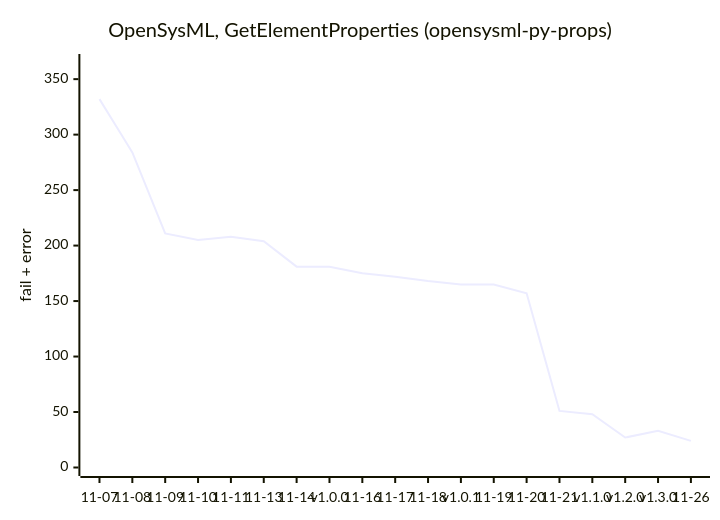
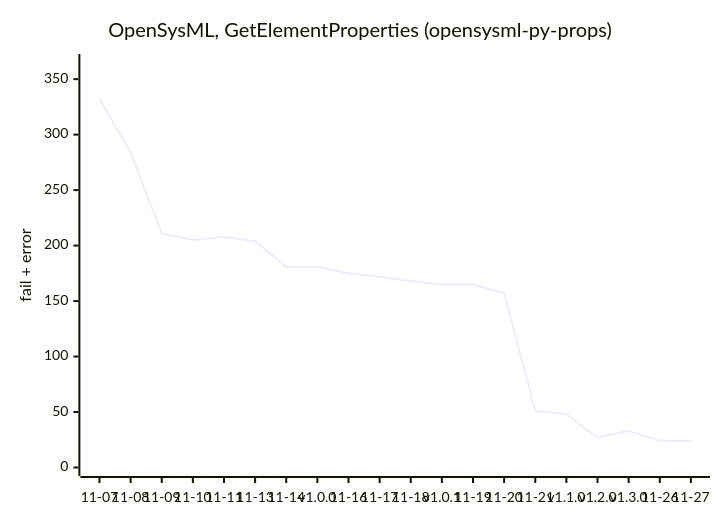
The first of 4 diagrams in test-suite/PROGRESS-SNAPSHOT.md (hideo67/sysmlv2-tests), drawn with Mermaid before and after one commit. The commit also changed other lines of this file and 2 other files, not shown here.

````diff
--- a/test-suite/PROGRESS-SNAPSHOT.md
+++ b/test-suite/PROGRESS-SNAPSHOT.md
@@ -18,7 +18,7 @@
 ```mermaid
 xychart-beta
     title "OpenSysML, GetElementProperties (opensysml-py-props)"
-    x-axis ["11-07", "11-08", "11-09", "11-10", "11-11", "11-13", "11-14", "v1.0.0", "11-16", "11-17", "11-18", "v1.0.1", "11-19", "11-20", "11-21", "v1.1.0", "v1.2.0", "v1.3.0", "11-26"]
+    x-axis ["11-07", "11-08", "11-09", "11-10", "11-11", "11-13", "11-14", "v1.0.0", "11-16", "11-17", "11-18", "v1.0.1", "11-19", "11-20", "11-21", "v1.1.0", "v1.2.0", "v1.3.0", "11-26", "11-27"]
     y-axis "fail + error" 0 --> 365
-    line [332, 284, 211, 205, 208, 204, 181, 181, 175, 172, 168, 165, 165, 157, 51, 48, 27, 33, 24]
+    line [332, 284, 211, 205, 208, 204, 181, 181, 175, 172, 168, 165, 165, 157, 51, 48, 27, 33, 24, 24]
 ```
````
